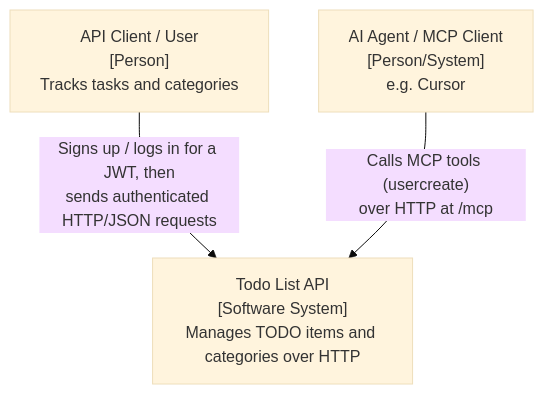
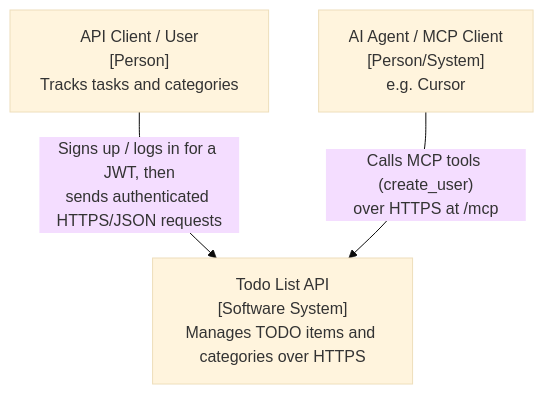
One commit to rahulkrishnanfs/todolist changed the first of 3 diagrams in README.md. Above: the diagram before and after it, drawn with Mermaid (base theme). The commit also changed other lines of this file and 1 other file, not shown here.

First line of the commit message:
docs: refresh README and code review for MCP/HTTPS (#67)

````diff
--- a/README.md
+++ b/README.md
@@ -240,9 +253,9 @@
 ```mermaid
 flowchart TD
     user["API Client / User<br/>[Person]<br/>Tracks tasks and categories"]
     agent["AI Agent / MCP Client<br/>[Person/System]<br/>e.g. Cursor"]
-    system["Todo List API<br/>[Software System]<br/>Manages TODO items and categories over HTTP"]
+    system["Todo List API<br/>[Software System]<br/>Manages TODO items and categories over HTTPS"]
 
-    user -->|"Signs up / logs in for a JWT, then<br/>sends authenticated HTTP/JSON requests"| system
-    agent -->|"Calls MCP tools (usercreate)<br/>over HTTP at /mcp"| system
+    user -->|"Signs up / logs in for a JWT, then<br/>sends authenticated HTTPS/JSON requests"| system
+    agent -->|"Calls MCP tools (create_user)<br/>over HTTPS at /mcp"| system
 ```
````
